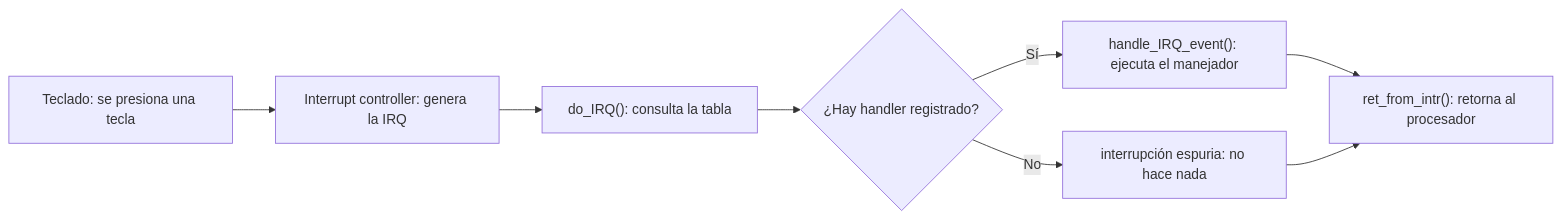
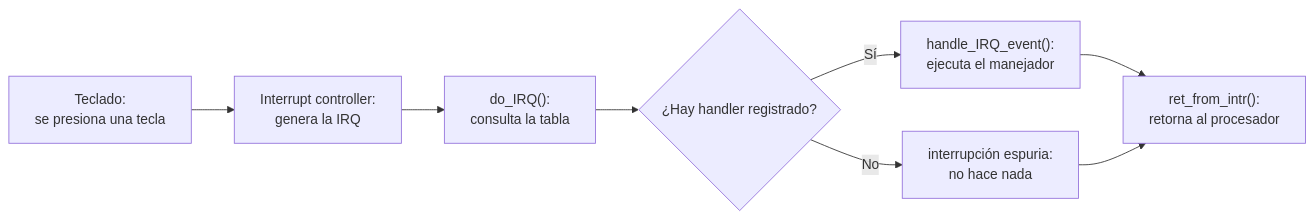
Before and after one commit to udea-so/apuntes_2026-2_SO-virtual: the first of 2 diagrams in clase_04/apuntes_zoom/README.md, drawn with Mermaid. The commit also changed 7 other files, not shown here.

Commit message:
Corrige el texto recortado en los diagramas Mermaid de los apuntes_zoom de las clases 3 a 11

````diff
--- a/clase_04/apuntes_zoom/README.md
+++ b/clase_04/apuntes_zoom/README.md
@@ -115,10 +115,11 @@
 ```mermaid
+%%{init: {"themeVariables": {"fontFamily": "Arial, Helvetica, sans-serif"}}}%%
 flowchart LR
-    A[Teclado: se presiona una tecla] --> B[Interrupt controller: genera la IRQ]
-    B --> C["do_IRQ(): consulta la tabla"]
+    A["Teclado:<br/>se presiona una tecla"] --> B["Interrupt controller:<br/>genera la IRQ"]
+    B --> C["do_IRQ():<br/>consulta la tabla"]
     C --> D{"¿Hay handler registrado?"}
-    D -- Sí --> E["handle_IRQ_event(): ejecuta el manejador"]
-    D -- No --> F["interrupción espuria: no hace nada"]
-    E --> G["ret_from_intr(): retorna al procesador"]
+    D -- Sí --> E["handle_IRQ_event():<br/>ejecuta el manejador"]
+    D -- No --> F["interrupción espuria:<br/>no hace nada"]
+    E --> G["ret_from_intr():<br/>retorna al procesador"]
     F --> G
 ```
````
